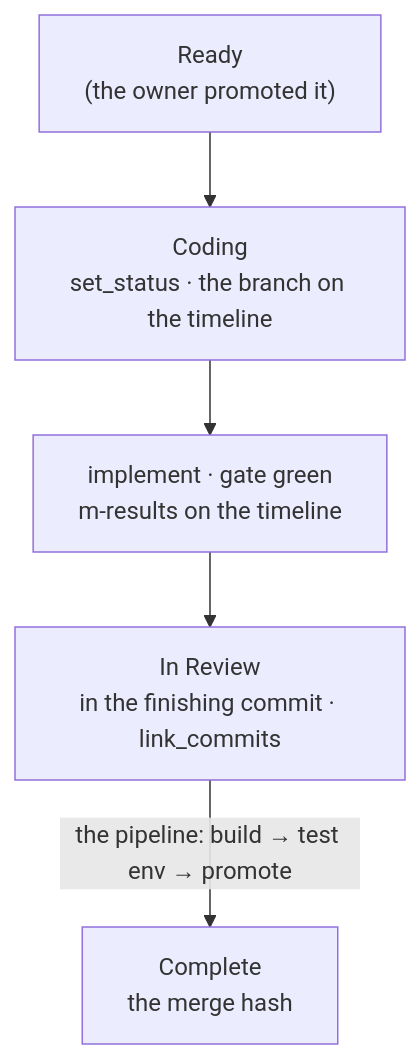
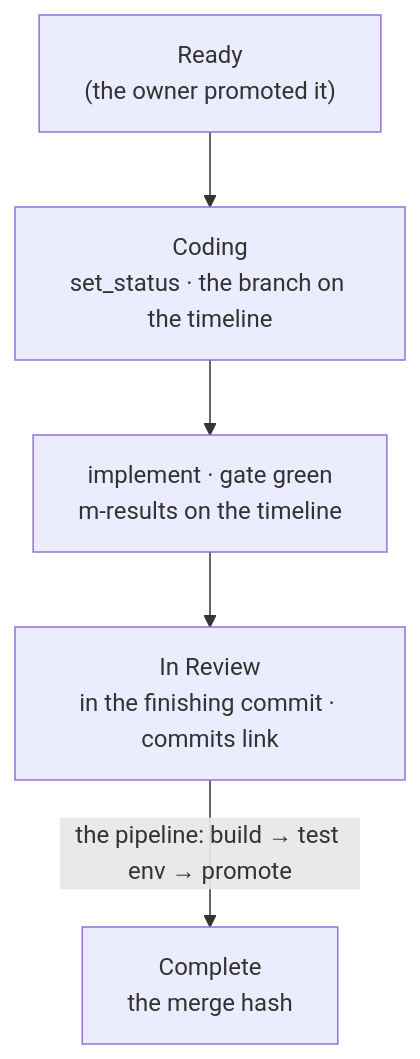
Before and after one commit to hypermemetic-ai/menger-skills: the diagram in building/SKILL.md, drawn with Mermaid. The commit also changed other lines of this file and 7 other files, not shown here.

````diff
--- a/building/SKILL.md
+++ b/building/SKILL.md
@@ -17,7 +17,7 @@
 ```mermaid
 graph TD
   R["Ready<br/>(the owner promoted it)"] --> C["Coding<br/>set_status · the branch on the timeline"]
   C --> I["implement · gate green<br/>m-results on the timeline"]
-  I --> V["In Review<br/>in the finishing commit · link_commits"]
+  I --> V["In Review<br/>in the finishing commit · commits link"]
   V -->|"the pipeline: build → test env → promote"| D["Complete<br/>the merge hash"]
 ```
````
